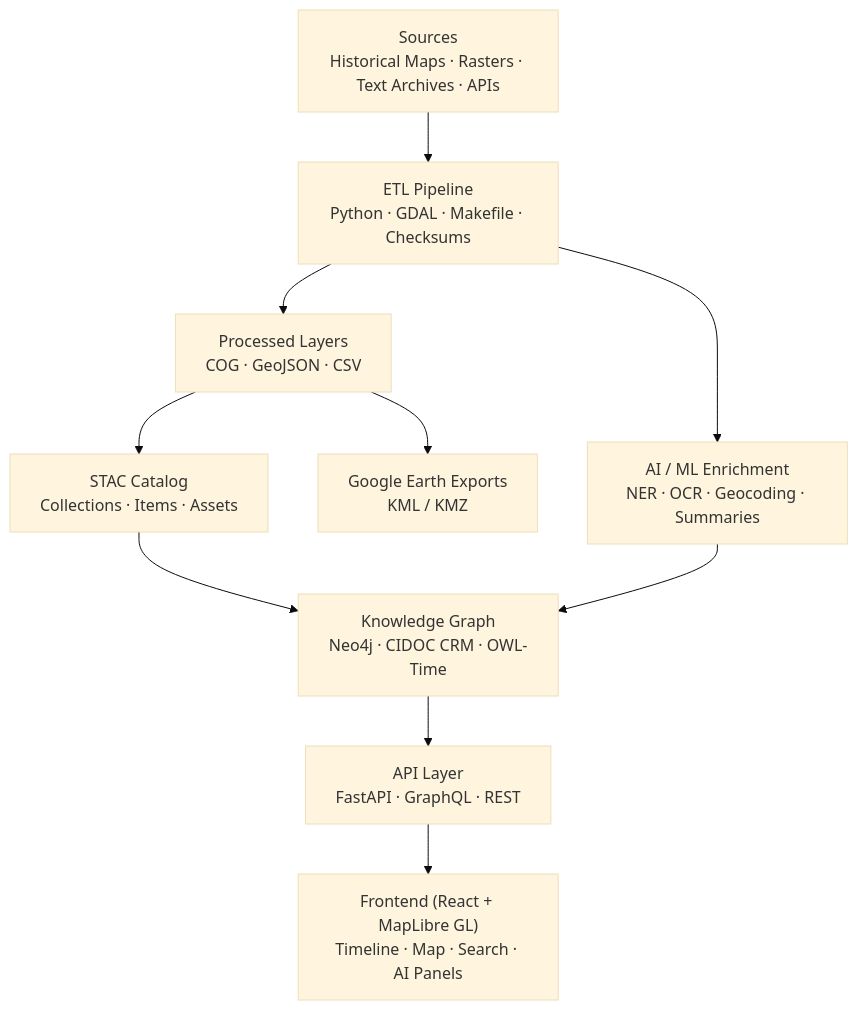
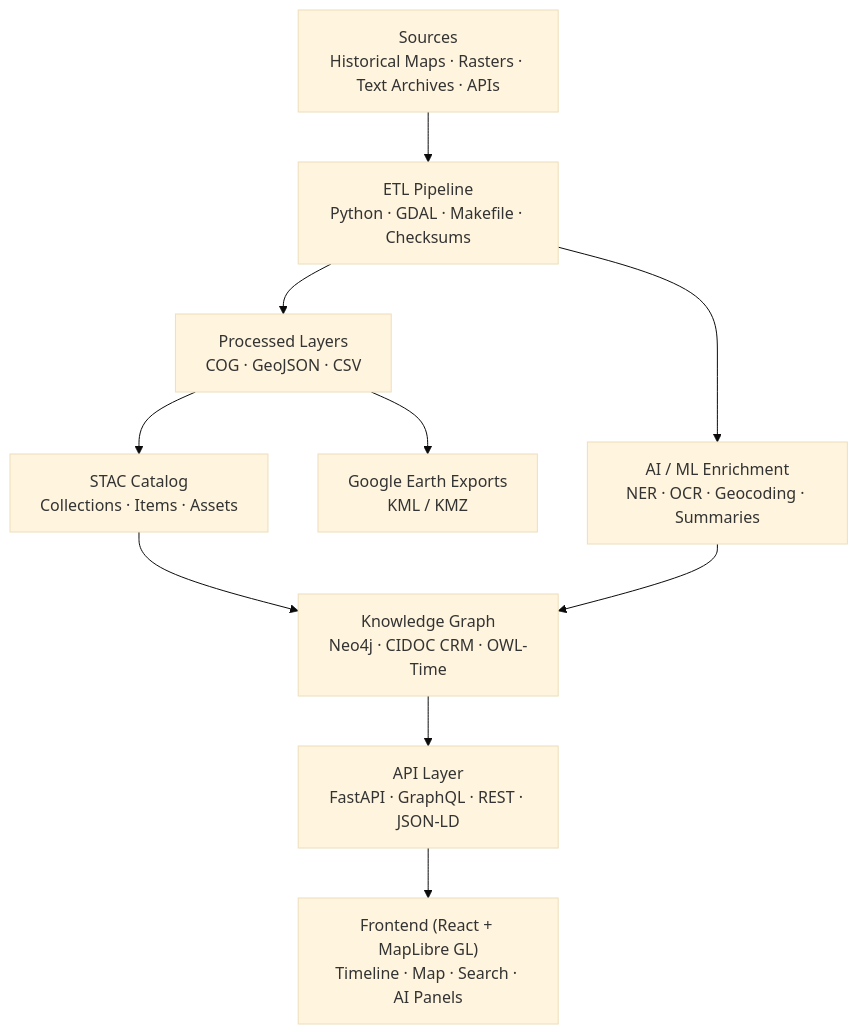
One commit to bartytime4life/Kansas-Frontier-Matrix changed the diagram in ARCHITECTURE.md. Above: the diagram before and after it, drawn with Mermaid (base theme). The commit also changed other lines of this file, not shown here.

First line of the commit message:
Refactor architecture documentation for clarity

````diff
--- a/ARCHITECTURE.md
+++ b/ARCHITECTURE.md
@@ -64,13 +60,14 @@
 ```mermaid
 flowchart TD
   A["Sources<br/>Historical Maps · Rasters · Text Archives · APIs"]
     --> B["ETL Pipeline<br/>Python · GDAL · Makefile · Checksums"]
   B --> C["Processed Layers<br/>COG · GeoJSON · CSV"]
   B --> I["AI / ML Enrichment<br/>NER · OCR · Geocoding · Summaries"]
   C --> D["STAC Catalog<br/>Collections · Items · Assets"]
   D --> H["Knowledge Graph<br/>Neo4j · CIDOC CRM · OWL-Time"]
   I --> H
-  H --> J["API Layer<br/>FastAPI · GraphQL · REST"]
+  H --> J["API Layer<br/>FastAPI · GraphQL · REST · JSON-LD"]
   J --> F["Frontend (React + MapLibre GL)<br/>Timeline · Map · Search · AI Panels"]
   C --> K["Google Earth Exports<br/>KML / KMZ"]
+%% END OF MERMAID
 ```
````
